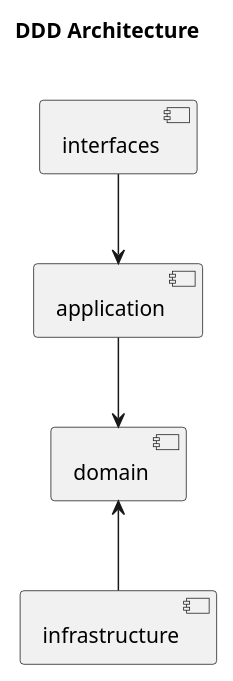
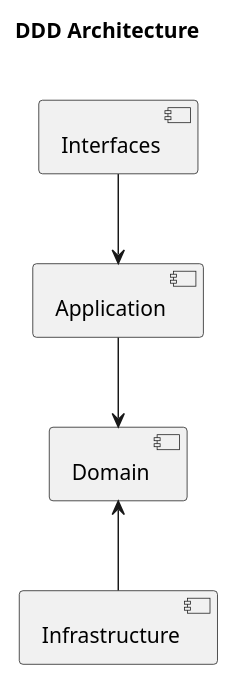
The diagram in achitecture.puml (linzhengen/ddd-gin-admin), drawn with PlantUML before and after one commit. The commit also changed 3 other files, not shown here.

```diff
--- a/achitecture.puml
+++ b/achitecture.puml
@@ -1,7 +1,7 @@
 @startuml
 title "DDD Architecture\n"
 
-[interfaces] -down-> [application]
-[application] -down-> [domain]
-[infrastructure] -up-> [domain]
+[Interfaces] -down-> [Application]
+[Application] -down-> [Domain]
+[Infrastructure] -up-> [Domain]
 @enduml
```
